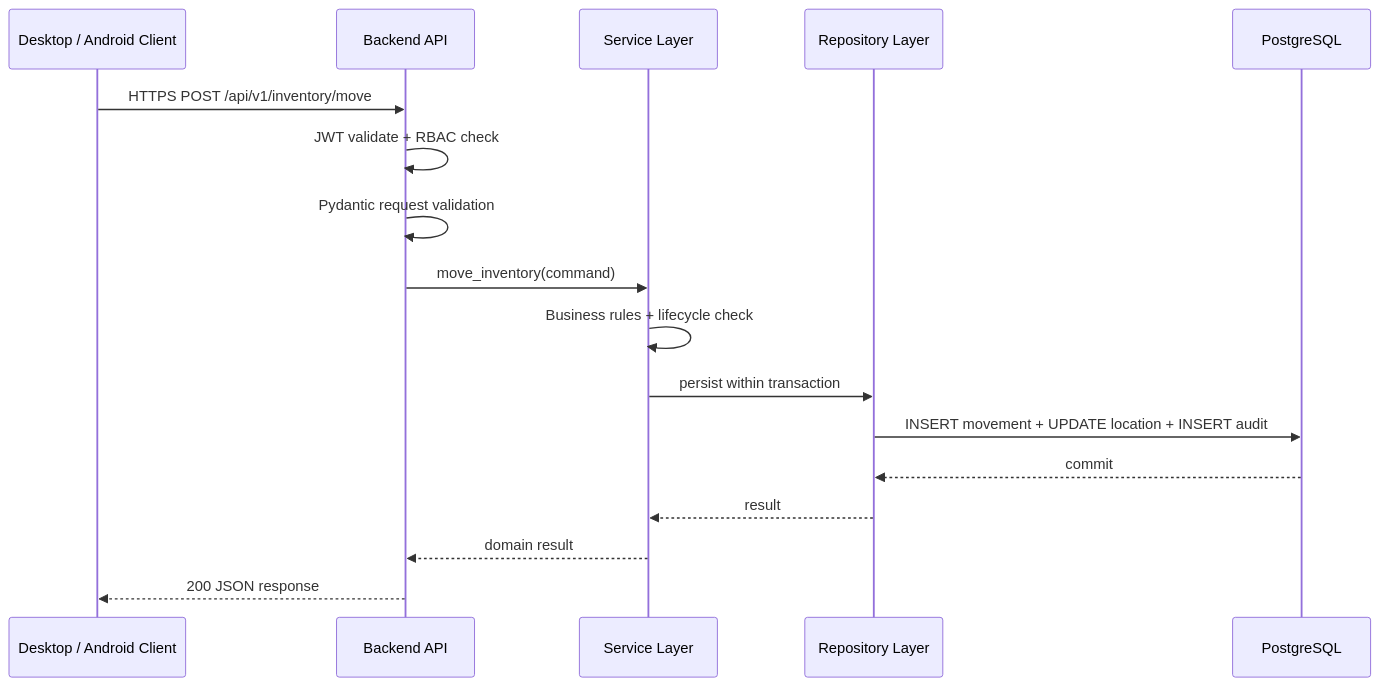
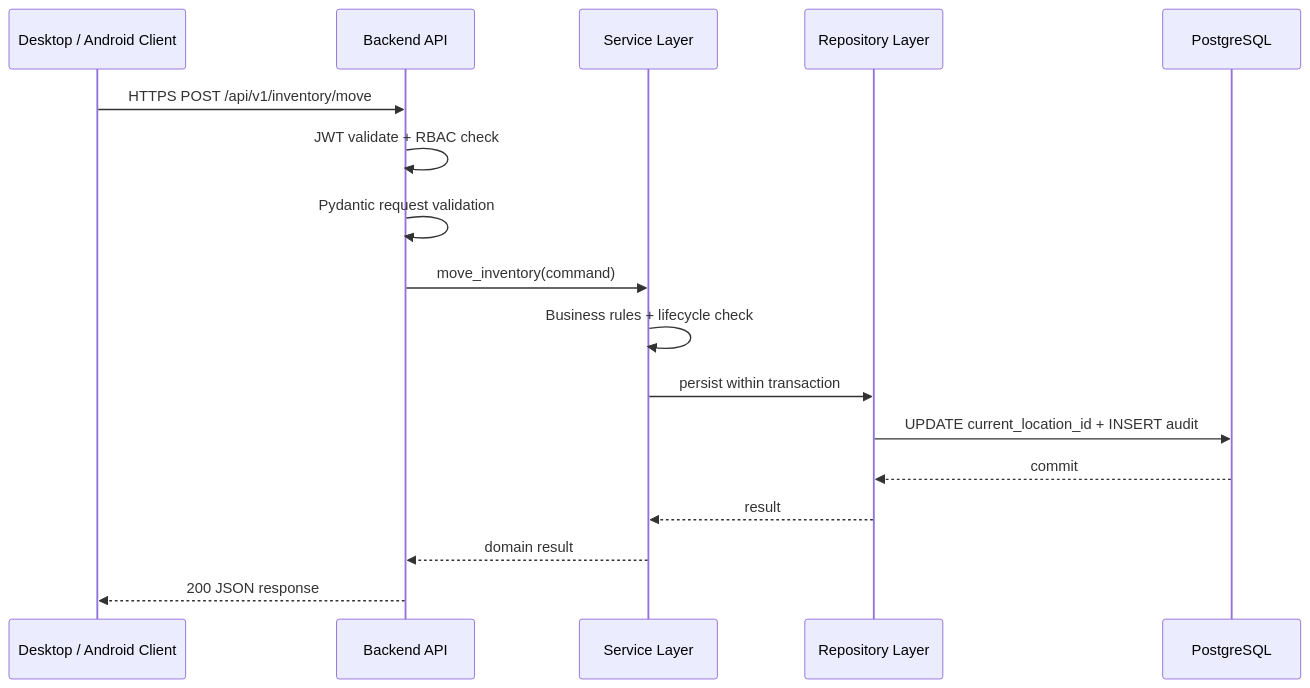
One commit to gptsmarth/Webstudio-IMS changed the fourth of 21 diagrams in docs/SYSTEM_ARCHITECTURE.md. Above: the diagram before and after it, drawn with Mermaid. The commit also changed other lines of this file and 44 other files, not shown here.

````diff
--- a/docs/SYSTEM_ARCHITECTURE.md
+++ b/docs/SYSTEM_ARCHITECTURE.md
@@ -316,20 +323,20 @@
 ```mermaid
 sequenceDiagram
     participant C as Desktop / Android Client
     participant A as Backend API
     participant S as Service Layer
     participant R as Repository Layer
     participant D as PostgreSQL
 
     C->>A: HTTPS POST /api/v1/inventory/move
     A->>A: JWT validate + RBAC check
     A->>A: Pydantic request validation
     A->>S: move_inventory(command)
     S->>S: Business rules + lifecycle check
     S->>R: persist within transaction
-    R->>D: INSERT movement + UPDATE location + INSERT audit
+    R->>D: UPDATE current_location_id + INSERT audit
     D-->>R: commit
     R-->>S: result
     S-->>A: domain result
     A-->>C: 200 JSON response
 ```
````
